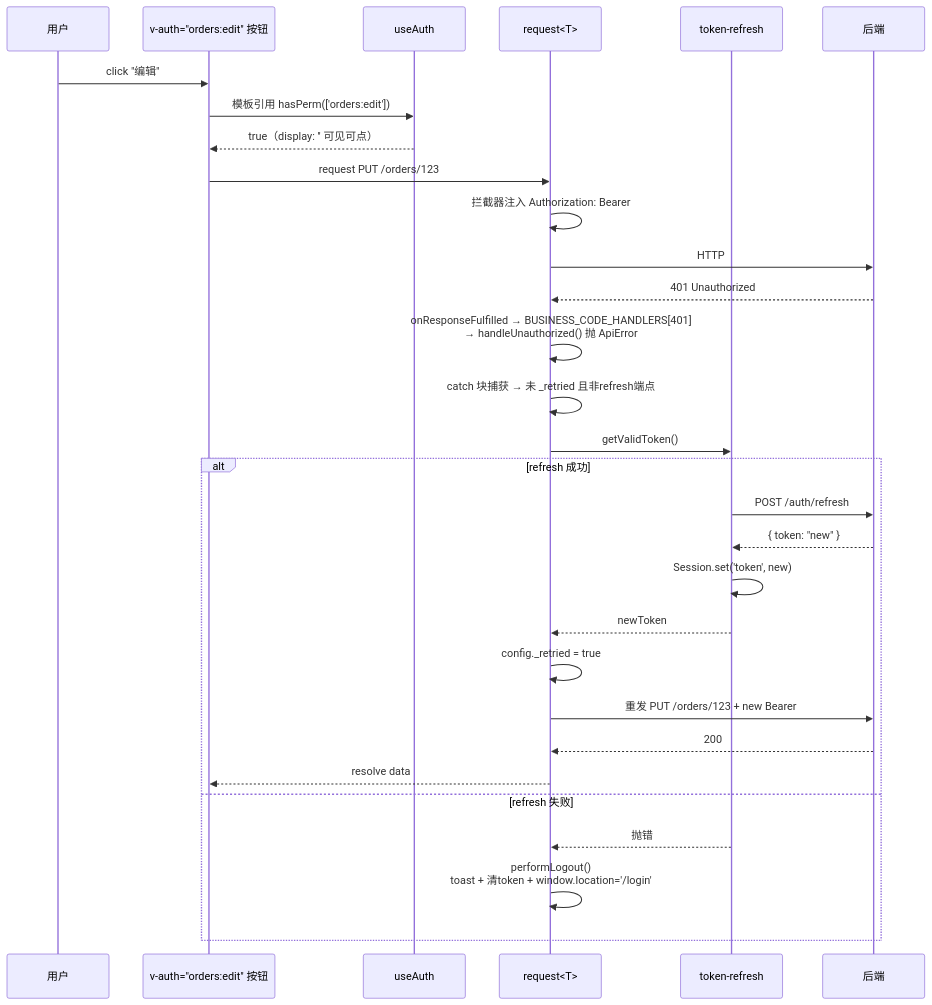
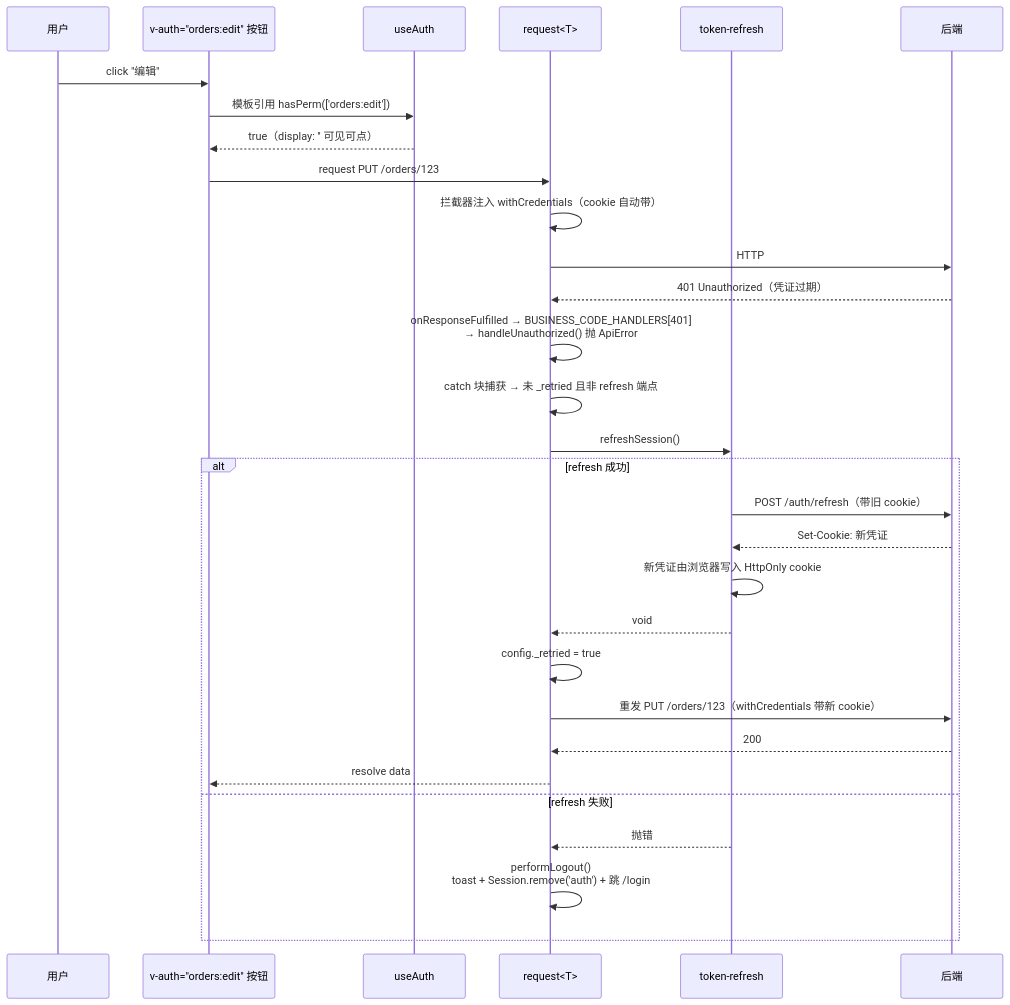
Before and after one commit to Mr-Super-X/vue3-vite-project: the third of 7 diagrams in docs/23-权限设计.md, drawn with Mermaid. The commit also changed other lines of this file and 13 other files, not shown here.

````diff
--- a/docs/23-权限设计.md
+++ b/docs/23-权限设计.md
@@ -103,33 +108,33 @@
 ```mermaid
 sequenceDiagram
   participant U as 用户
   participant B as v-auth="orders:edit" 按钮
   participant C as useAuth
   participant H as request<T>
   participant T as token-refresh
   participant K as 后端
 
   U->>B: click "编辑"
   B->>C: 模板引用 hasPerm(['orders:edit'])
   C-->>B: true（display: '' 可见可点）
   B->>H: request PUT /orders/123
-  H->>H: 拦截器注入 Authorization: Bearer
+  H->>H: 拦截器注入 withCredentials（cookie 自动带）
   H->>K: HTTP
-  K-->>H: 401 Unauthorized
+  K-->>H: 401 Unauthorized（凭证过期）
   H->>H: onResponseFulfilled → BUSINESS_CODE_HANDLERS[401]<br/>→ handleUnauthorized() 抛 ApiError
-  H->>H: catch 块捕获 → 未 _retried 且非refresh端点
-  H->>T: getValidToken()
+  H->>H: catch 块捕获 → 未 _retried 且非 refresh 端点
+  H->>T: refreshSession()
   alt refresh 成功
-    T->>K: POST /auth/refresh
-    K-->>T: { token: "new" }
-    T->>T: Session.set('token', new)
-    T-->>H: newToken
+    T->>K: POST /auth/refresh（带旧 cookie）
+    K-->>T: Set-Cookie: 新凭证
+    T->>T: 新凭证由浏览器写入 HttpOnly cookie
+    T-->>H: void
     H->>H: config._retried = true
-    H->>K: 重发 PUT /orders/123 + new Bearer
+    H->>K: 重发 PUT /orders/123（withCredentials 带新 cookie）
     K-->>H: 200
     H-->>B: resolve data
   else refresh 失败
     T-->>H: 抛错
-    H->>H: performLogout()<br/>toast + 清token + window.location='/login'
+    H->>H: performLogout()<br/>toast + Session.remove('auth') + 跳 /login
   end
 ```
````
